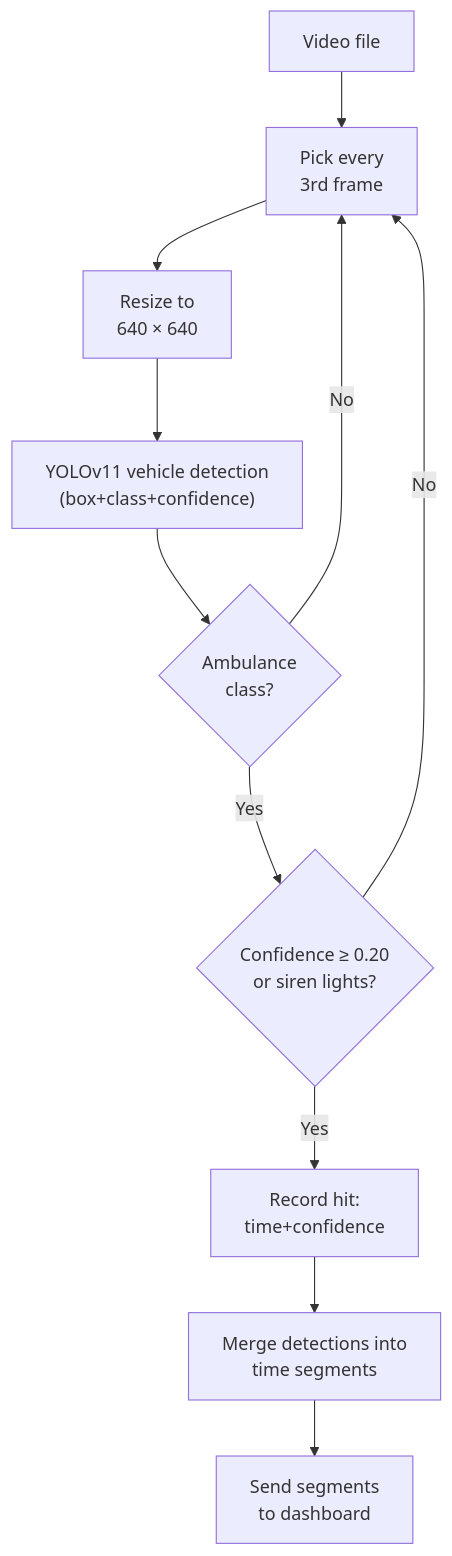
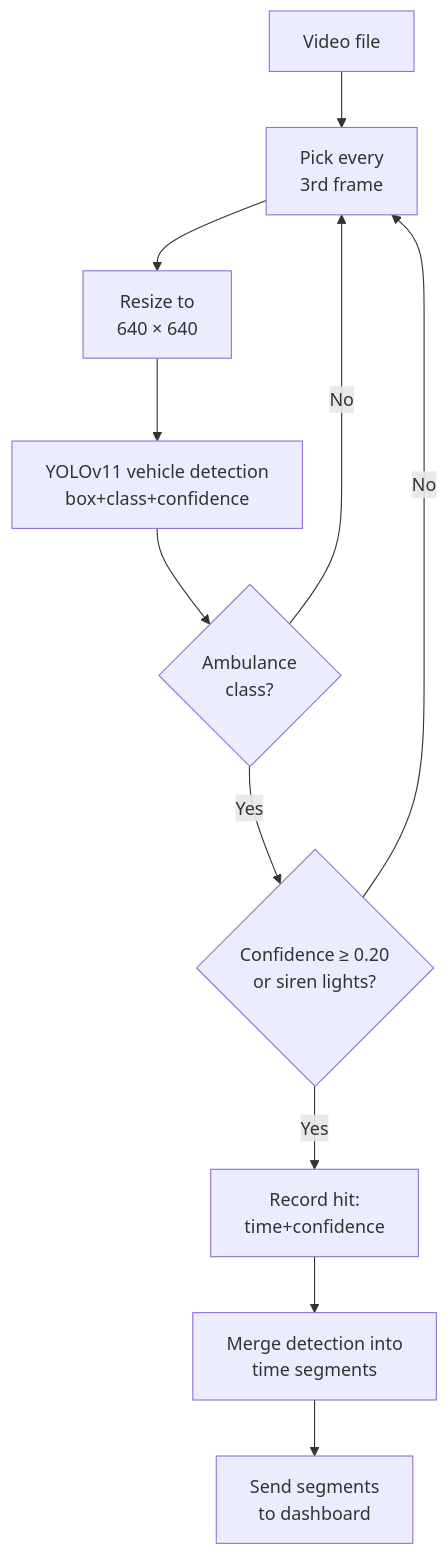
One commit to ritamdeep/emergency-vehicle-ai-detection changed the second of 3 diagrams in README.md. Above: the diagram before and after it, drawn with Mermaid.

Commit message:
Fix formatting in README.md flowchart

````diff
--- a/README.md
+++ b/README.md
@@ -252,13 +252,13 @@
 ```mermaid
 flowchart TD
     A["Video file"] --> B["Pick every<br/>3rd frame"]
     B --> C["Resize to<br/>640 × 640"]
-    C --> D["YOLOv11 vehicle detection<br/>(box+class+confidence)"]
+    C --> D["YOLOv11 vehicle detection<br/>box+class+confidence"]
     D --> E{"Ambulance<br/>class?"}
     E -- No --> B
     E -- Yes --> F{"Confidence &ge; 0.20<br/>or siren lights?"}
     F -- No --> B
     F -- Yes --> G["Record hit:<br/>time+confidence"]
-    G --> H["Merge detections into<br/>time segments"]
+    G --> H["Merge detection into<br/>time segments"]
     H --> I["Send segments<br/>to dashboard"]
 ```
````
